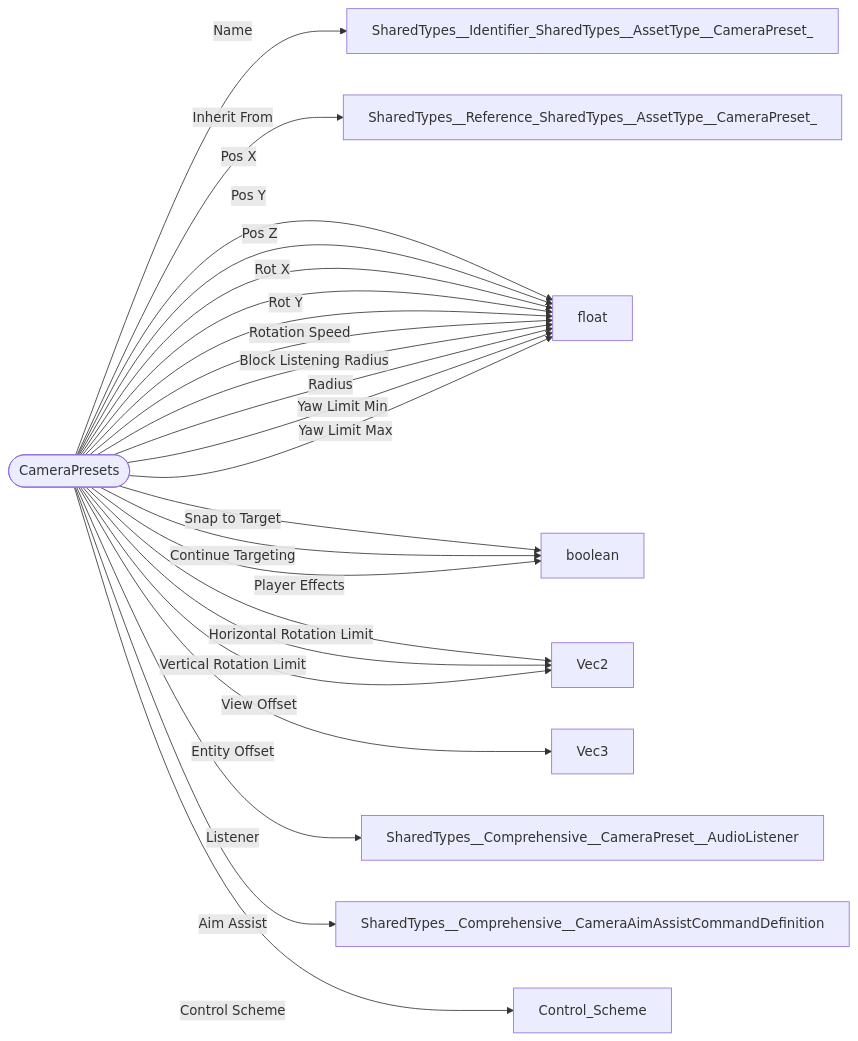
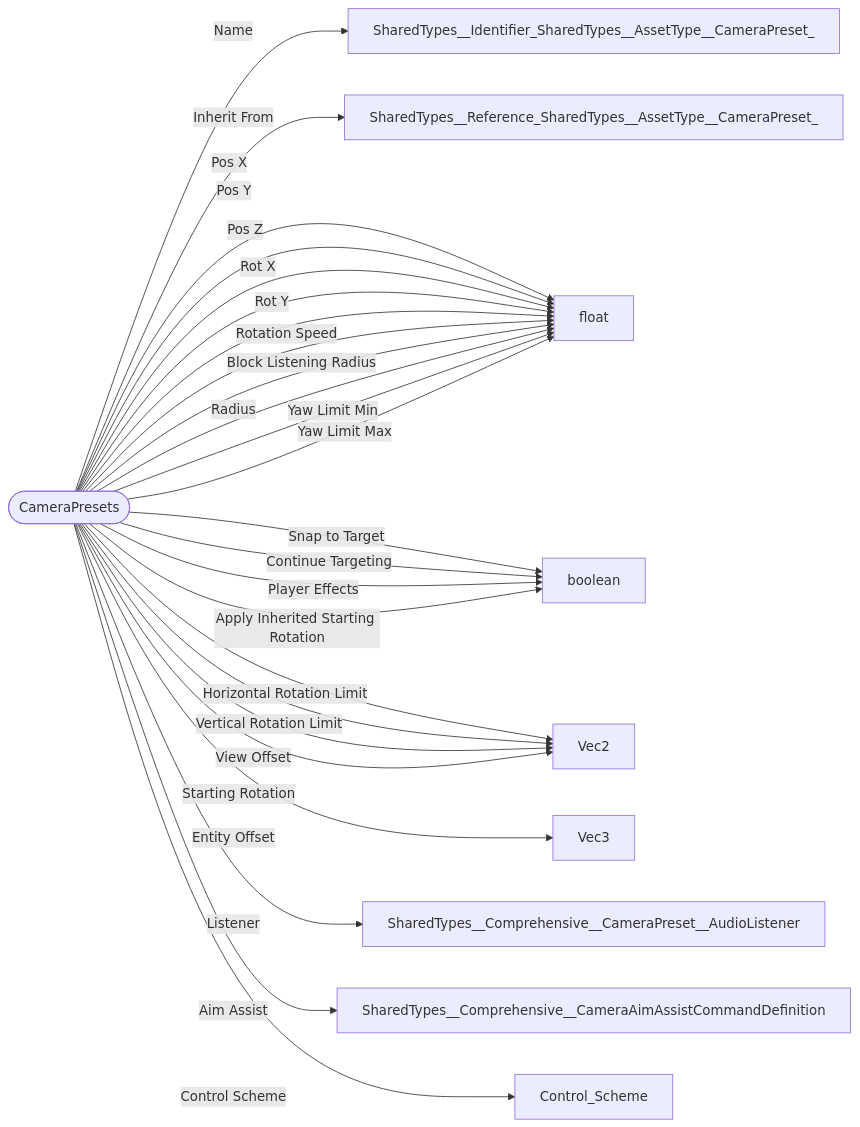
Before and after one commit to bedrock-v/protocol-docs: the diagram in schemas/types/CameraPresets.md, drawn with Mermaid. The commit also changed 114 other files, not shown here.

````diff
--- a/schemas/types/CameraPresets.md
+++ b/schemas/types/CameraPresets.md
@@ -5,26 +5,28 @@
 ```mermaid
 flowchart LR
   ROOT(["CameraPresets"])
   ROOT -->|"Name"| SharedTypes__Identifier_SharedTypes__AssetType__CameraPreset_["SharedTypes__Identifier_SharedTypes__AssetType__CameraPreset_"]
   ROOT -->|"Inherit From"| SharedTypes__Reference_SharedTypes__AssetType__CameraPreset_["SharedTypes__Reference_SharedTypes__AssetType__CameraPreset_"]
   ROOT -->|"Pos X"| float["float"]
   ROOT -->|"Pos Y"| float["float"]
   ROOT -->|"Pos Z"| float["float"]
   ROOT -->|"Rot X"| float["float"]
   ROOT -->|"Rot Y"| float["float"]
   ROOT -->|"Rotation Speed"| float["float"]
   ROOT -->|"Snap to Target"| boolean["boolean"]
   ROOT -->|"Horizontal Rotation Limit"| Vec2["Vec2"]
   ROOT -->|"Vertical Rotation Limit"| Vec2["Vec2"]
   ROOT -->|"Continue Targeting"| boolean["boolean"]
   ROOT -->|"Block Listening Radius"| float["float"]
   ROOT -->|"View Offset"| Vec2["Vec2"]
   ROOT -->|"Entity Offset"| Vec3["Vec3"]
   ROOT -->|"Radius"| float["float"]
   ROOT -->|"Yaw Limit Min"| float["float"]
   ROOT -->|"Yaw Limit Max"| float["float"]
   ROOT -->|"Listener"| SharedTypes__Comprehensive__CameraPreset__AudioListener["SharedTypes__Comprehensive__CameraPreset__AudioListener"]
   ROOT -->|"Player Effects"| boolean["boolean"]
   ROOT -->|"Aim Assist"| SharedTypes__Comprehensive__CameraAimAssistCommandDefinition["SharedTypes__Comprehensive__CameraAimAssistCommandDefinition"]
   ROOT -->|"Control Scheme"| Control_Scheme["Control_Scheme"]
+  ROOT -->|"Apply Inherited Starting Rotation"| boolean["boolean"]
+  ROOT -->|"Starting Rotation"| Vec2["Vec2"]
 ```
````
